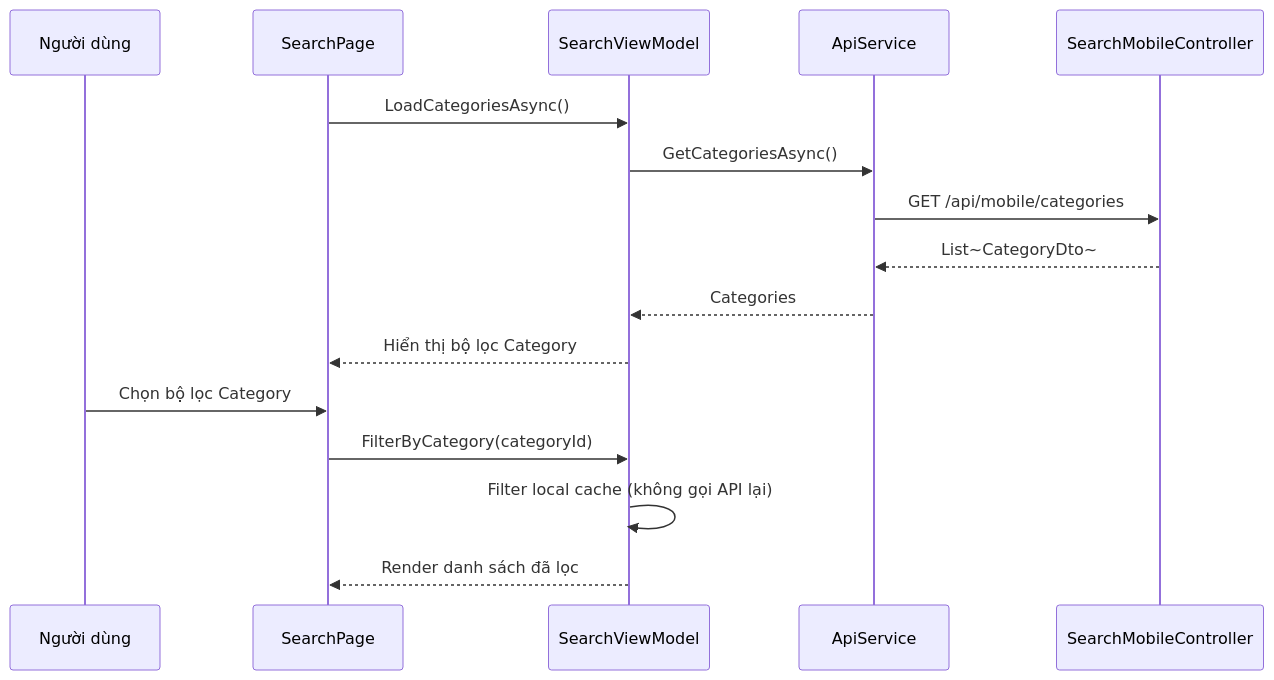
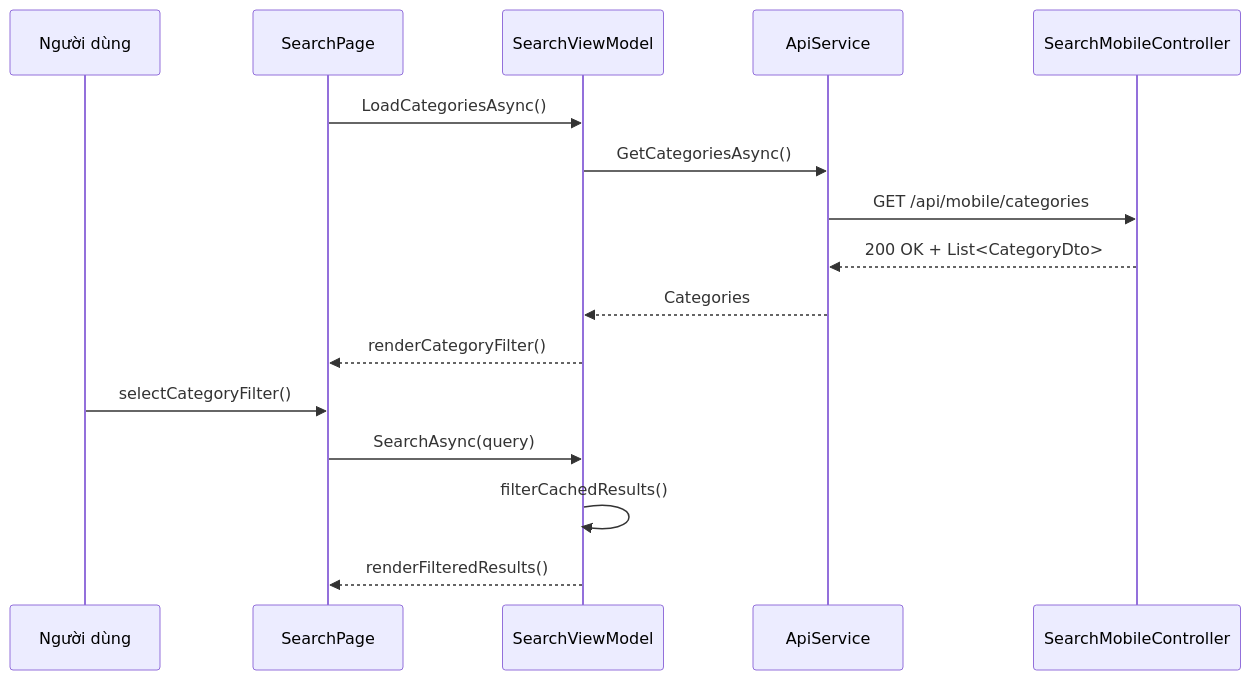
One commit to quynhtien1977/AudioGo changed diagram 12 of 58 in PRD.md. Above: the diagram before and after it, drawn with Mermaid. The commit also changed other lines of this file and 2 other files, not shown here.

````diff
--- a/PRD.md
+++ b/PRD.md
@@ -1003,20 +1037,20 @@
 ```mermaid
 sequenceDiagram
     participant MobileUser as Người dùng
     participant SearchPage
     participant SearchVM as SearchViewModel
     participant API as ApiService
     participant Backend as SearchMobileController
 
     SearchPage ->> SearchVM: LoadCategoriesAsync()
     SearchVM ->> API: GetCategoriesAsync()
     API ->> Backend: GET /api/mobile/categories
-    Backend -->> API: List~CategoryDto~
+    Backend -->> API: 200 OK + List<CategoryDto>
     API -->> SearchVM: Categories
-    SearchVM -->> SearchPage: Hiển thị bộ lọc Category
+    SearchVM -->> SearchPage: renderCategoryFilter()
 
-    MobileUser ->> SearchPage: Chọn bộ lọc Category
-    SearchPage ->> SearchVM: FilterByCategory(categoryId)
-    SearchVM ->> SearchVM: Filter local cache (không gọi API lại)
-    SearchVM -->> SearchPage: Render danh sách đã lọc
+    MobileUser ->> SearchPage: selectCategoryFilter()
+    SearchPage ->> SearchVM: SearchAsync(query)
+    SearchVM ->> SearchVM: filterCachedResults()
+    SearchVM -->> SearchPage: renderFilteredResults()
 ```
````
